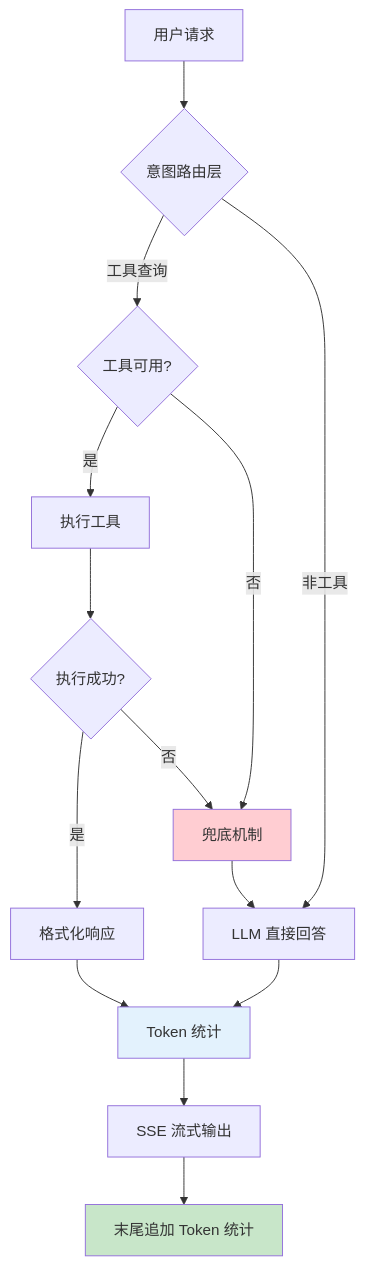
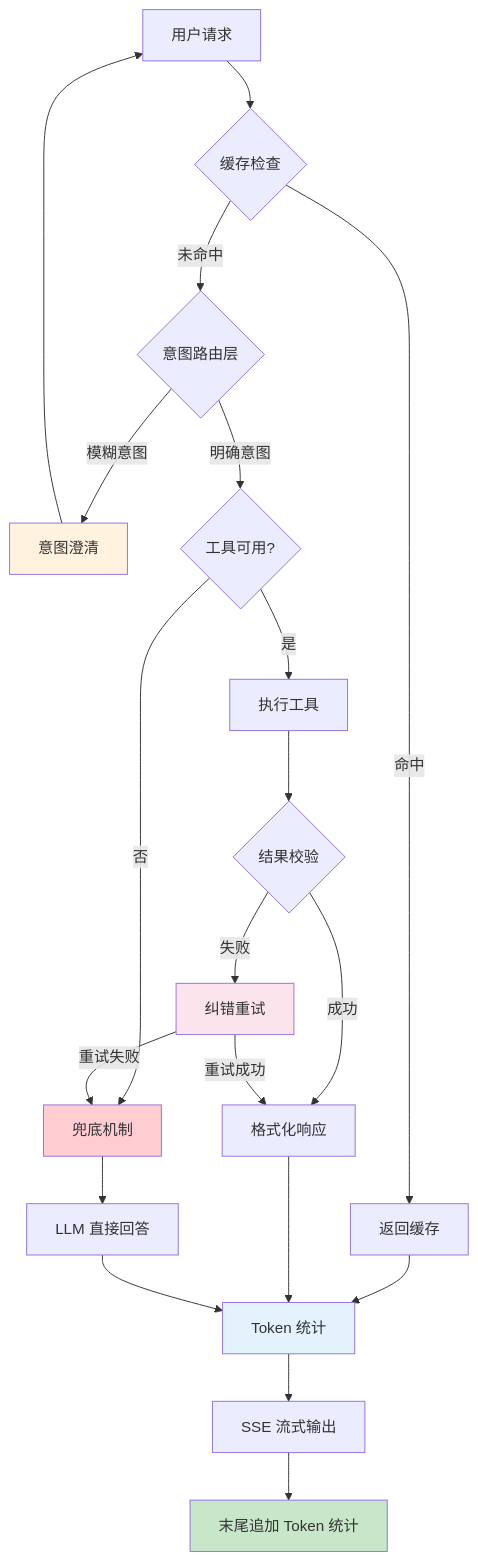
One commit to John-1010-cmd/MrsHudson changed the first of 2 diagrams in .spec-workflow/specs/ai-agent-optimization-v2/design.md. Above: the diagram before and after it, drawn with Mermaid. The commit also changed other lines of this file and 20 other files, not shown here.

````diff
--- a/.spec-workflow/specs/ai-agent-optimization-v2/design.md
+++ b/.spec-workflow/specs/ai-agent-optimization-v2/design.md
@@ -37,22 +43,34 @@
 ```mermaid
 graph TD
-    A[用户请求] --> B{意图路由层}
-    B -->|工具查询| C{工具可用?}
-    C -->|是| D[执行工具]
-    C -->|否| E[兜底机制]
-    D --> F{执行成功?}
-    F -->|是| G[格式化响应]
-    F -->|否| E
-    E --> H[LLM 直接回答]
-    B -->|非工具| H
+    A[用户请求] --> B{缓存检查}
+    B -->|命中| C[返回缓存]
+    B -->|未命中| D{意图路由层}
 
-    G --> I[Token 统计]
-    H --> I
+    D -->|模糊意图| E[意图澄清]
+    E --> A
 
-    I --> J[SSE 流式输出]
-    J --> K[末尾追加 Token 统计]
+    D -->|明确意图| F{工具可用?}
+    F -->|是| G[执行工具]
+    F -->|否| H[兜底机制]
 
-    style E fill:#ffcdd2
-    style I fill:#e3f2fd
-    style K fill:#c8e6c9
+    G --> I{结果校验}
+    I -->|失败| J[纠错重试]
+    I -->|成功| K[格式化响应]
+    J -->|重试成功| K
+    J -->|重试失败| H
+
+    H --> L[LLM 直接回答]
+
+    C --> M[Token 统计]
+    K --> M
+    L --> M
+
+    M --> N[SSE 流式输出]
+    N --> O[末尾追加 Token 统计]
+
+    style E fill:#fff3e0
+    style H fill:#ffcdd2
+    style J fill:#fce4ec
+    style M fill:#e3f2fd
+    style O fill:#c8e6c9
 ```
````
